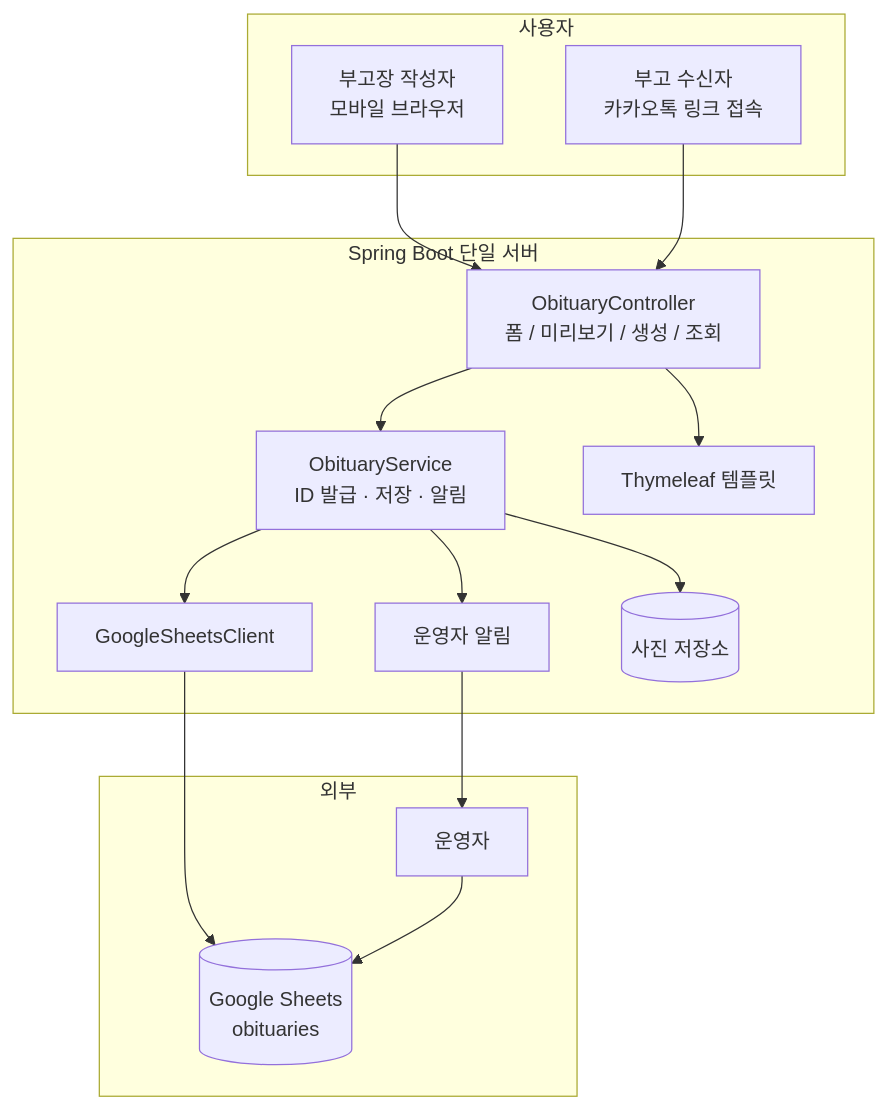
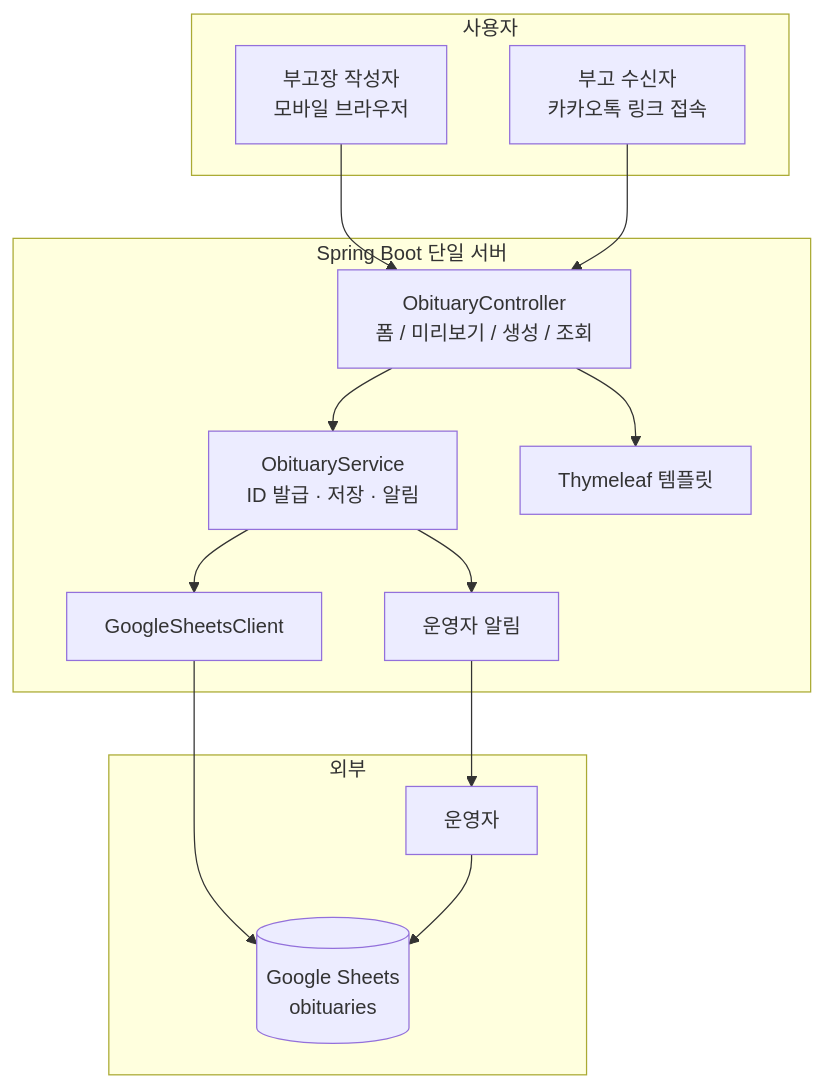
One commit to Choiulmu/obituary_maker changed the first of 4 diagrams in docs/architecture.md. Above: the diagram before and after it, drawn with Mermaid. The commit also changed other lines of this file and 2 other files, not shown here.

````diff
--- a/docs/architecture.md
+++ b/docs/architecture.md
@@ -55,32 +54,30 @@
 ```mermaid
 flowchart TB
     subgraph client [사용자]
         writer[부고장 작성자<br/>모바일 브라우저]
         reader[부고 수신자<br/>카카오톡 링크 접속]
     end
 
     subgraph app [Spring Boot 단일 서버]
         controller[ObituaryController<br/>폼 / 미리보기 / 생성 / 조회]
         service[ObituaryService<br/>ID 발급 · 저장 · 알림]
         sheets[GoogleSheetsClient]
         notifier[운영자 알림]
         thymeleaf[Thymeleaf 템플릿]
-        files[(사진 저장소)]
     end
 
     subgraph external [외부]
         gsheet[(Google Sheets<br/>obituaries)]
         admin[운영자]
     end
 
     writer --> controller
     reader --> controller
     controller --> service
     controller --> thymeleaf
     service --> sheets
     service --> notifier
-    service --> files
     sheets --> gsheet
     notifier --> admin
     admin --> gsheet
 ```
````
